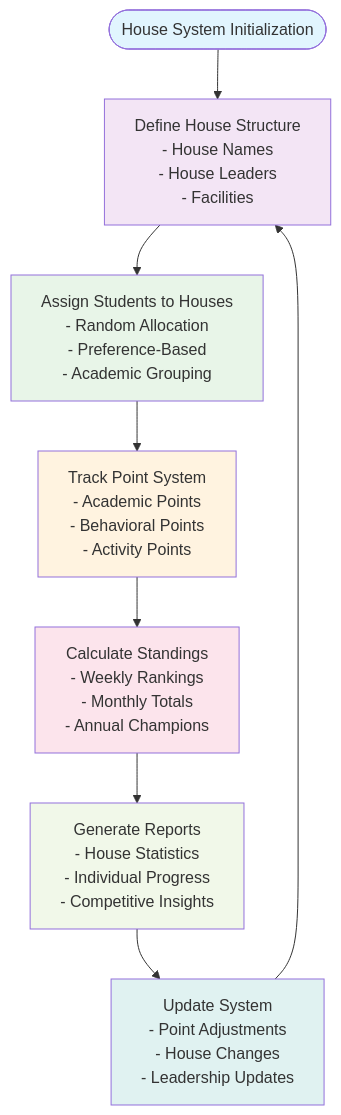
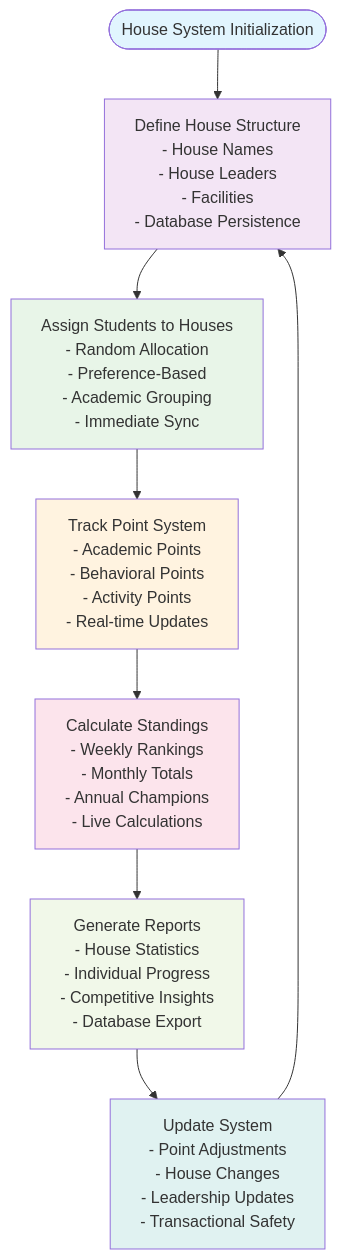
One commit to geniusdynamics/schoolpilot changed the seventh of 8 diagrams in .qoder/repowiki/en/content/Modules System/Administration Module.md. Above: the diagram before and after it, drawn with Mermaid. The commit also changed other lines of this file and 16 other files, not shown here.

````diff
--- a/.qoder/repowiki/en/content/Modules System/Administration Module.md
+++ b/.qoder/repowiki/en/content/Modules System/Administration Module.md
@@ -300,17 +442,17 @@
 ```mermaid
 flowchart TD
-Start([House System Initialization]) --> DefineHouses["Define House Structure<br/>- House Names<br/>- House Leaders<br/>- Facilities"]
-DefineHouses --> AssignStudents["Assign Students to Houses<br/>- Random Allocation<br/>- Preference-Based<br/>- Academic Grouping"]
-AssignStudents --> TrackPoints["Track Point System<br/>- Academic Points<br/>- Behavioral Points<br/>- Activity Points"]
-TrackPoints --> CalculateStandings["Calculate Standings<br/>- Weekly Rankings<br/>- Monthly Totals<br/>- Annual Champions"]
-CalculateStandings --> GenerateReports["Generate Reports<br/>- House Statistics<br/>- Individual Progress<br/>- Competitive Insights"]
-GenerateReports --> UpdateSystem["Update System<br/>- Point Adjustments<br/>- House Changes<br/>- Leadership Updates"]
+Start([House System Initialization]) --> DefineHouses["Define House Structure<br/>- House Names<br/>- House Leaders<br/>- Facilities<br/>- Database Persistence"]
+DefineHouses --> AssignStudents["Assign Students to Houses<br/>- Random Allocation<br/>- Preference-Based<br/>- Academic Grouping<br/>- Immediate Sync"]
+AssignStudents --> TrackPoints["Track Point System<br/>- Academic Points<br/>- Behavioral Points<br/>- Activity Points<br/>- Real-time Updates"]
+TrackPoints --> CalculateStandings["Calculate Standings<br/>- Weekly Rankings<br/>- Monthly Totals<br/>- Annual Champions<br/>- Live Calculations"]
+CalculateStandings --> GenerateReports["Generate Reports<br/>- House Statistics<br/>- Individual Progress<br/>- Competitive Insights<br/>- Database Export"]
+GenerateReports --> UpdateSystem["Update System<br/>- Point Adjustments<br/>- House Changes<br/>- Leadership Updates<br/>- Transactional Safety"]
 UpdateSystem --> DefineHouses
 style Start fill:#e1f5fe
 style DefineHouses fill:#f3e5f5
 style AssignStudents fill:#e8f5e8
 style TrackPoints fill:#fff3e0
 style CalculateStandings fill:#fce4ec
 style GenerateReports fill:#f1f8e9
 style UpdateSystem fill:#e0f2f1
 ```
````
